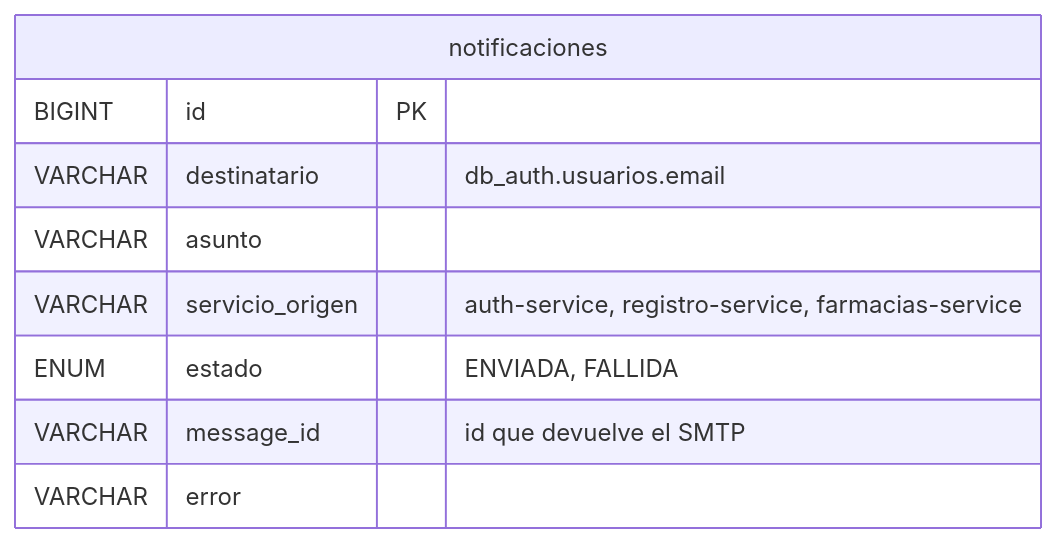
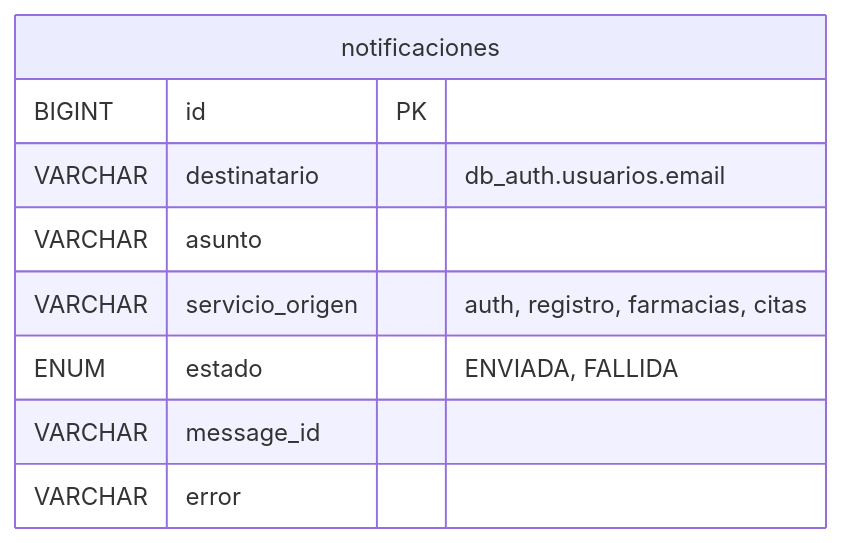
One commit to CamiloP2103/Tecnosalud-catolica changed the seventh of 7 diagrams in docs/ARQUITECTURA_DATOS.md. Above: the diagram before and after it, drawn with Mermaid. The commit also changed other lines of this file and 4 other files, not shown here.

````diff
--- a/docs/ARQUITECTURA_DATOS.md
+++ b/docs/ARQUITECTURA_DATOS.md
@@ -247,12 +277,12 @@
 ```mermaid
 erDiagram
     notificaciones {
         BIGINT id PK
         VARCHAR destinatario "db_auth.usuarios.email"
         VARCHAR asunto
-        VARCHAR servicio_origen "auth-service, registro-service, farmacias-service"
+        VARCHAR servicio_origen "auth, registro, farmacias, citas"
         ENUM estado "ENVIADA, FALLIDA"
-        VARCHAR message_id "id que devuelve el SMTP"
+        VARCHAR message_id
         VARCHAR error
     }
 ```
````
